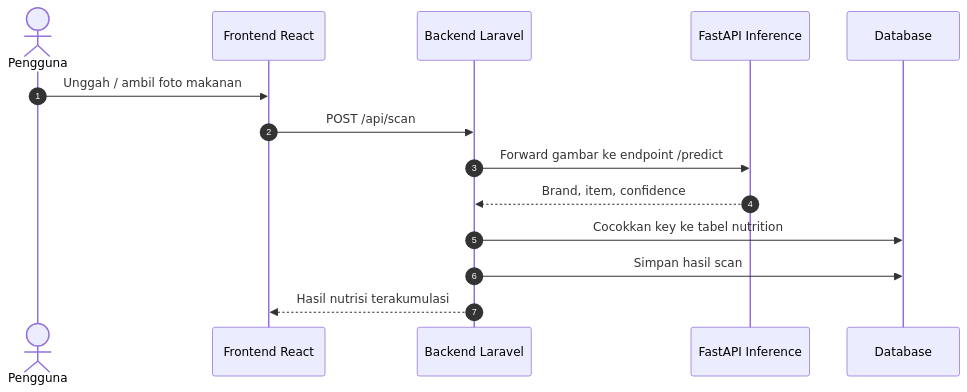
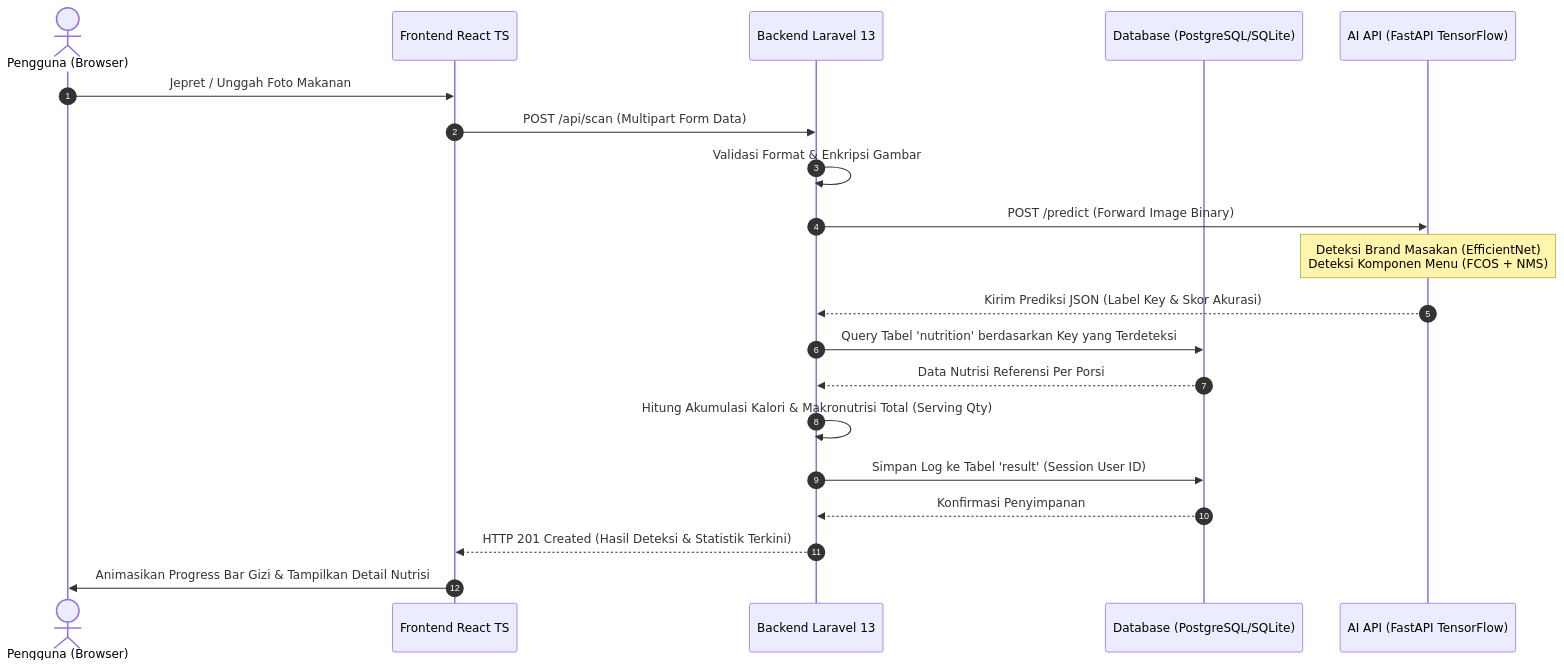
One commit to galihkjaya/Nutrivision-App changed the diagram in README.md. Above: the diagram before and after it, drawn with Mermaid. The commit also changed other lines of this file and 1 other file, not shown here.

````diff
--- a/README.md
+++ b/README.md
@@ -29,17 +31,23 @@
 ```mermaid
 sequenceDiagram
     autonumber
-    actor User as Pengguna
-    participant FE as Frontend React
-    participant BE as Backend Laravel
-    participant AI as FastAPI Inference
-    participant DB as Database
+    actor User as Pengguna (Browser)
+    participant FE as Frontend React TS
+    participant BE as Backend Laravel 13
+    participant DB as Database (PostgreSQL/SQLite)
+    participant AI as AI API (FastAPI TensorFlow)
 
-    User->>FE: Unggah / ambil foto makanan
-    FE->>BE: POST /api/scan
-    BE->>AI: Forward gambar ke endpoint /predict
-    AI-->>BE: Brand, item, confidence
-    BE->>DB: Cocokkan key ke tabel nutrition
-    BE->>DB: Simpan hasil scan
-    BE-->>FE: Hasil nutrisi terakumulasi
+    User->>FE: Jepret / Unggah Foto Makanan
+    FE->>BE: POST /api/scan (Multipart Form Data)
+    BE->>BE: Validasi Format & Enkripsi Gambar
+    BE->>AI: POST /predict (Forward Image Binary)
+    Note over AI: Deteksi Brand Masakan (EfficientNet)<br/>Deteksi Komponen Menu (FCOS + NMS)
+    AI-->>BE: Kirim Prediksi JSON (Label Key & Skor Akurasi)
+    BE->>DB: Query Tabel 'nutrition' berdasarkan Key yang Terdeteksi
+    DB-->>BE: Data Nutrisi Referensi Per Porsi
+    BE->>BE: Hitung Akumulasi Kalori & Makronutrisi Total (Serving Qty)
+    BE->>DB: Simpan Log ke Tabel 'result' (Session User ID)
+    DB-->>BE: Konfirmasi Penyimpanan
+    BE-->>FE: HTTP 201 Created (Hasil Deteksi & Statistik Terkini)
+    FE->>User: Animasikan Progress Bar Gizi & Tampilkan Detail Nutrisi
 ```
````
